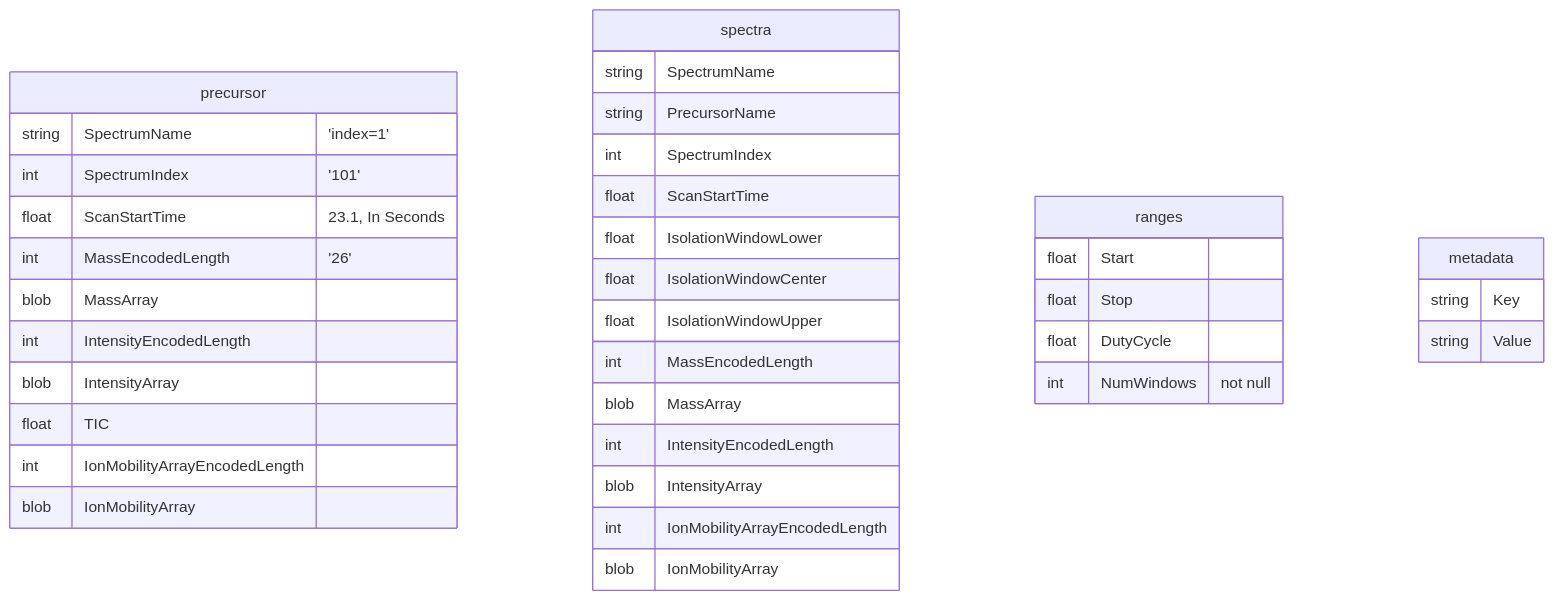
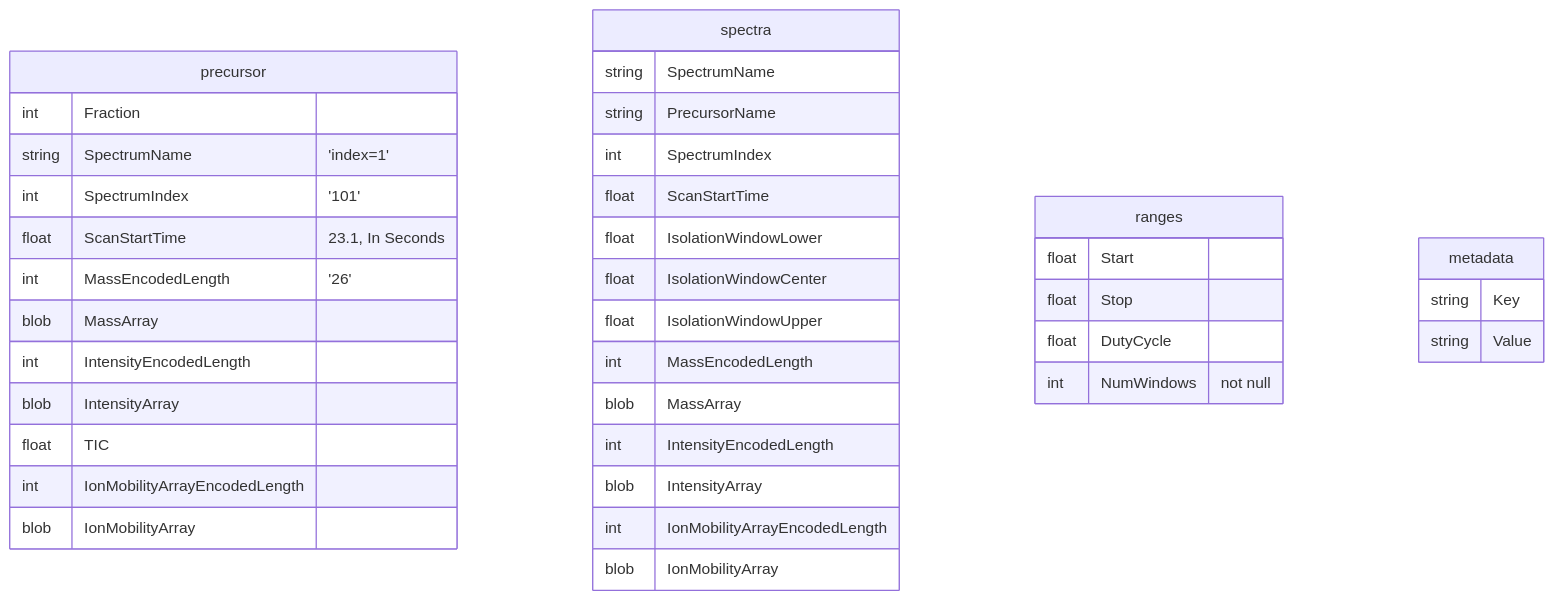
One commit to jspaezp/msflattener changed the diagram in README.md. Above: the diagram before and after it, drawn with Mermaid. The commit also changed other lines of this file, not shown here.

````diff
--- a/README.md
+++ b/README.md
@@ -123,42 +125,43 @@
 ```mermaid
 erDiagram
     precursor {
+        int Fraction
         string SpectrumName "'index=1'"
         int SpectrumIndex "'101'"
         float ScanStartTime "23.1, In Seconds "
         int MassEncodedLength "'26'"
         blob MassArray
         int IntensityEncodedLength
         blob IntensityArray
         float TIC 
         int IonMobilityArrayEncodedLength
         blob IonMobilityArray
     }
     spectra {
         string SpectrumName
         string PrecursorName
         int SpectrumIndex
         float ScanStartTime
         float IsolationWindowLower
         float IsolationWindowCenter
         float IsolationWindowUpper
         int MassEncodedLength
         blob MassArray
         int IntensityEncodedLength
         blob IntensityArray
         int IonMobilityArrayEncodedLength
         blob IonMobilityArray
     }
 
     ranges {
         float Start
         float Stop
         float DutyCycle
         int NumWindows "not null"
     }
 
     metadata {
         string Key
         string Value
     }
 ```
````
